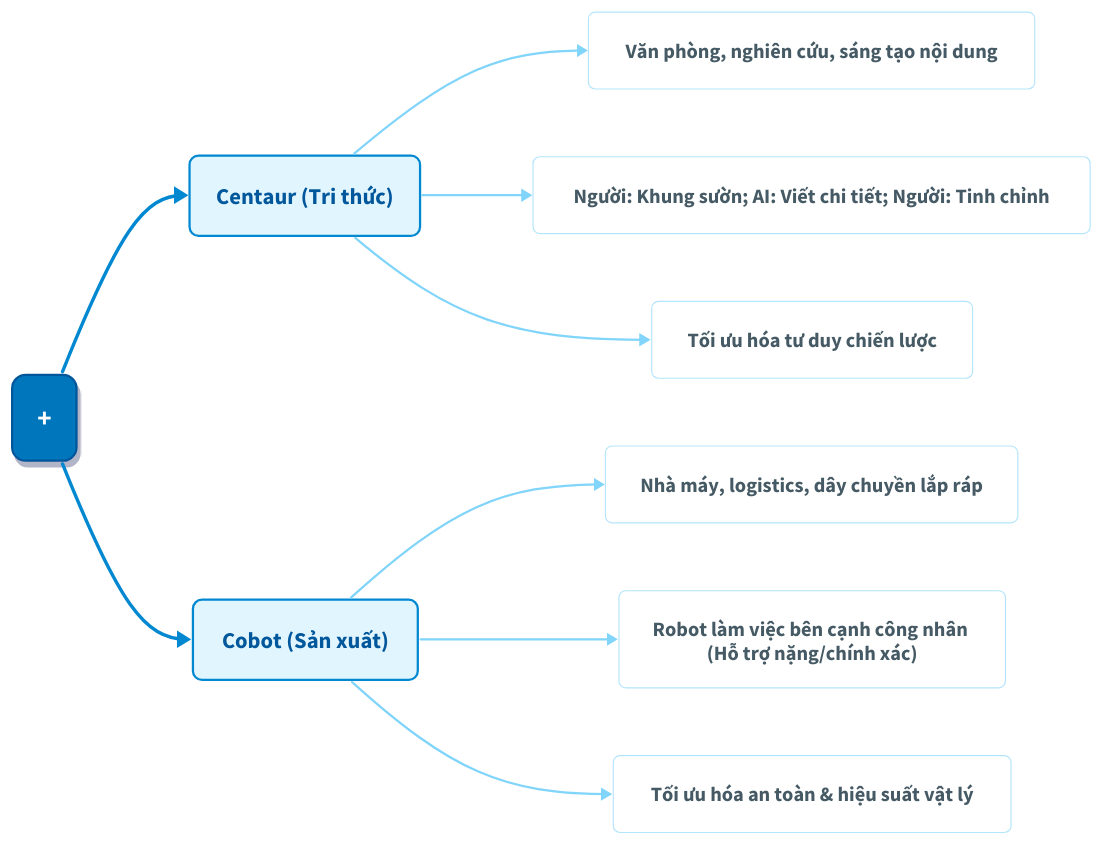
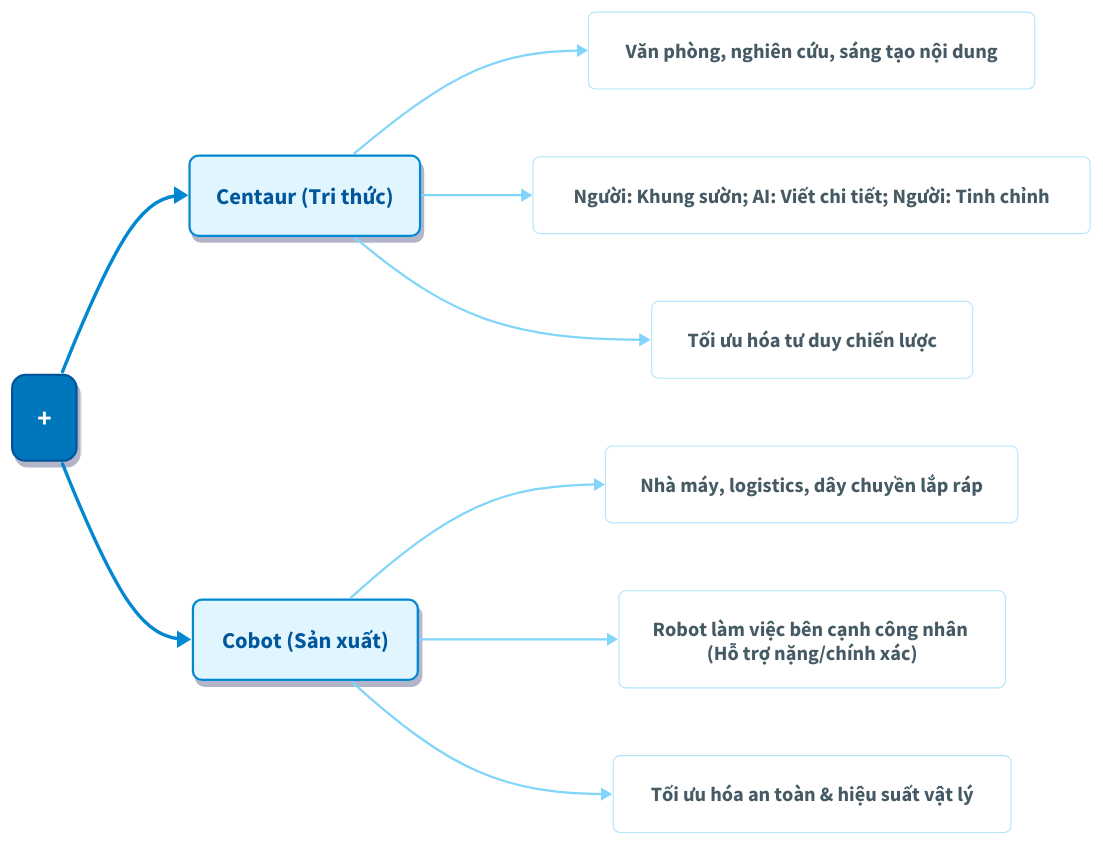
Before and after one commit to sam-uit/typst-report-template: the diagram in content/diagrams/cacmohinhcongtac.d2, drawn with D2. The commit also changed 1 other file, not shown here.

Commit message:
shadow: true

```diff
--- a/content/diagrams/cacmohinhcongtac.d2
+++ b/content/diagrams/cacmohinhcongtac.d2
@@ -1,86 +1,87 @@
 direction: right
 
 # --- 0. STYLES ---
 style: {
   opacity: 0.0
   fill: transparent
   # stroke: "orange"
   # stroke-width: 5
 }
 
 # ------------------------------
 # STYLING CLASSES (Humanist & Clean Blue/White)
 # ------------------------------
 classes: {
   root_node: {
     style: {
       fill: "#0277bd"
       stroke: "#01579b"
       font-color: "#ffffff"
       stroke-width: 2
       border-radius: 12
       shadow: true
       font-size: 24
     }
   }
 
   category_node: {
     style: {
       fill: "#e1f5fe"
       stroke: "#0288d1"
       font-color: "#01579b"
       stroke-width: 2
       border-radius: 8
+      shadow: true
       font-size: 20
     }
   }
 
   leaf_node: {
     style: {
       fill: "#ffffff"
       stroke: "#b3e5fc"
       font-color: "#455a64"
       stroke-width: 1
       border-radius: 6
       font-size: 18
       stroke-dash: 0
     }
   }
 }
 
 # ------------------------------
 # NODES & CONTENT
 # ------------------------------
 
 # Root
 Root: "+" {class: root_node}
 
 # Branch 1: Centaur
 Centaur: Centaur (Tri thức) {class: category_node}
 
 C_Env: "Văn phòng, nghiên cứu, sáng tạo nội dung" {class: leaf_node}
 C_Collab: "Người: Khung sườn; AI: Viết chi tiết; Người: Tinh chỉnh" {class: leaf_node}
 C_Value: "Tối ưu hóa tư duy chiến lược" {class: leaf_node}
 
 # Branch 2: Cobot
 Cobot: Cobot (Sản xuất) {class: category_node}
 
 Co_Env: "Nhà máy, logistics, dây chuyền lắp ráp" {class: leaf_node}
 Co_Collab: "Robot làm việc bên cạnh công nhân \n (Hỗ trợ nặng/chính xác)" {class: leaf_node}
 Co_Value: "Tối ưu hóa an toàn & hiệu suất vật lý" {class: leaf_node}
 
 # ------------------------------
 # CONNECTIONS (Curved for Mindmap feel)
 # ------------------------------
 Root -> Centaur: {style: {stroke: "#0288d1"; stroke-width: 3}}
 Root -> Cobot: {style: {stroke: "#0288d1"; stroke-width: 3}}
 
 # Connections for Centaur
 Centaur -> C_Env: {style: {stroke: "#81d4fa"; stroke-width: 2}}
 Centaur -> C_Collab: {style: {stroke: "#81d4fa"; stroke-width: 2}}
 Centaur -> C_Value: {style: {stroke: "#81d4fa"; stroke-width: 2}}
 
 # Connections for Cobot
 Cobot -> Co_Env: {style: {stroke: "#81d4fa"; stroke-width: 2}}
 Cobot -> Co_Collab: {style: {stroke: "#81d4fa"; stroke-width: 2}}
 Cobot -> Co_Value: {style: {stroke: "#81d4fa"; stroke-width: 2}}
```
